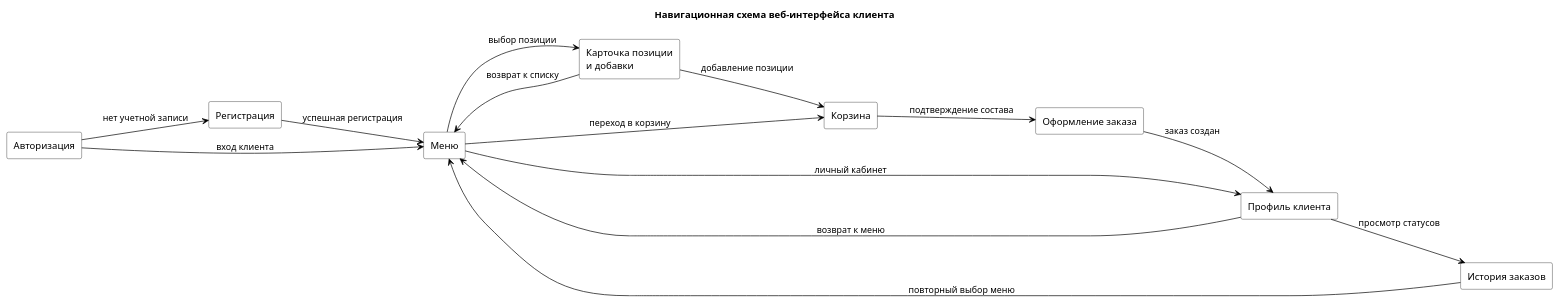
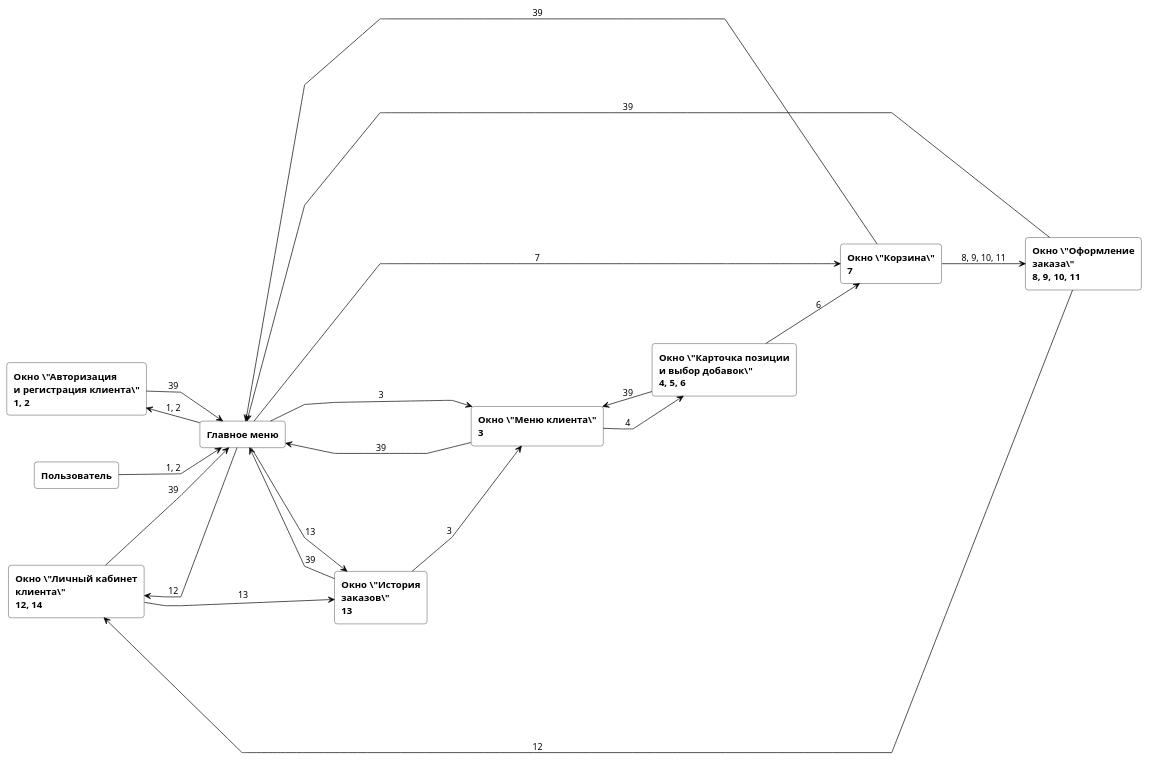
One commit to KosSimon-VKI/Diplom2026-main changed the diagram in PZ_assets/4.2.3.2_web_navigation_scheme.puml. Above: the diagram before and after it, drawn with PlantUML. The commit also changed 7 other files, not shown here.

```diff
--- a/PZ_assets/4.2.3.2_web_navigation_scheme.puml
+++ b/PZ_assets/4.2.3.2_web_navigation_scheme.puml
@@ -1,38 +1,60 @@
 @startuml
 skinparam monochrome true
 skinparam shadowing false
 skinparam defaultFontName "Times New Roman"
 skinparam ArrowColor Black
+skinparam linetype polyline
+skinparam roundcorner 8
+skinparam nodesep 55
+skinparam ranksep 55
 skinparam rectangle {
   BackgroundColor White
   BorderColor Black
   FontColor Black
+  FontStyle bold
 }
-
-title Навигационная схема веб-интерфейса клиента
 
 left to right direction
 
-rectangle "Авторизация" as Login
-rectangle "Регистрация" as Registration
-rectangle "Меню" as Menu
-rectangle "Карточка позиции\nи добавки" as ItemDetails
-rectangle "Корзина" as Cart
-rectangle "Оформление заказа" as Checkout
-rectangle "Профиль клиента" as Profile
-rectangle "История заказов" as History
+rectangle "Окно \"Авторизация\nи регистрация клиента\"\n1, 2" as Auth
+rectangle "Пользователь" as User
+rectangle "Окно \"Личный кабинет\nклиента\"\n12, 14" as Profile
 
-Login --> Menu : вход клиента
-Login --> Registration : нет учетной записи
-Registration --> Menu : успешная регистрация
-Menu --> ItemDetails : выбор позиции
-ItemDetails --> Menu : возврат к списку
-ItemDetails --> Cart : добавление позиции
-Menu --> Cart : переход в корзину
-Cart --> Checkout : подтверждение состава
-Checkout --> Profile : заказ создан
-Menu --> Profile : личный кабинет
-Profile --> History : просмотр статусов
-History --> Menu : повторный выбор меню
-Profile --> Menu : возврат к меню
+rectangle "Окно \"Меню клиента\"\n3" as Menu
+rectangle "Главное меню" as MainMenu
+rectangle "Окно \"История\nзаказов\"\n13" as History
+
+rectangle "Окно \"Карточка позиции\nи выбор добавок\"\n4, 5, 6" as ItemCard
+rectangle "Окно \"Корзина\"\n7" as Cart
+rectangle "Окно \"Оформление\nзаказа\"\n8, 9, 10, 11" as Checkout
+
+Auth -[hidden]right-> User
+User -[hidden]right-> Profile
+Menu -[hidden]right-> MainMenu
+MainMenu -[hidden]right-> History
+ItemCard -[hidden]right-> Cart
+Cart -[hidden]right-> Checkout
+User -[hidden]down-> MainMenu
+MainMenu -[hidden]down-> Cart
+
+User --> MainMenu : 1, 2
+MainMenu --> Auth : 1, 2
+Auth --> MainMenu : 39
+MainMenu --> Menu : 3
+Menu --> MainMenu : 39
+MainMenu --> Profile : 12
+Profile --> MainMenu : 39
+MainMenu --> History : 13
+History --> MainMenu : 39
+Menu --> ItemCard : 4
+ItemCard --> Menu : 39
+ItemCard --> Cart : 6
+MainMenu --> Cart : 7
+Cart --> MainMenu : 39
+Cart --> Checkout : 8, 9, 10, 11
+Checkout --> Profile : 12
+Profile --> History : 13
+History --> Menu : 3
+Checkout --> MainMenu : 39
+
 @enduml
```
